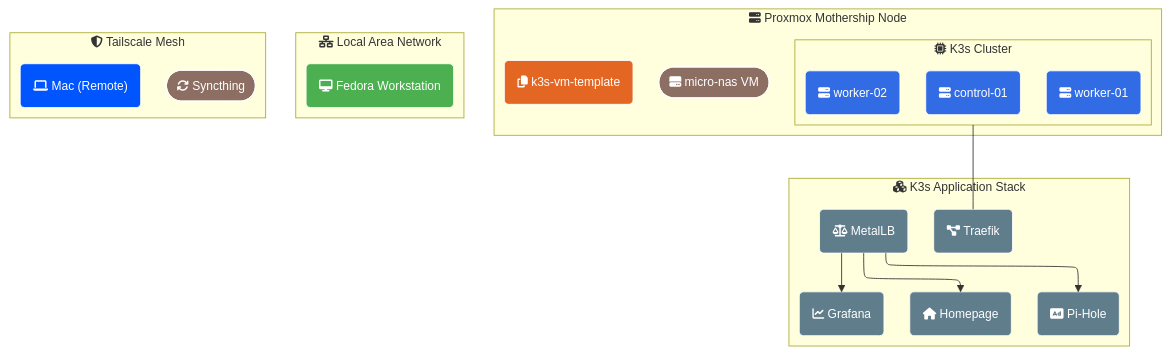
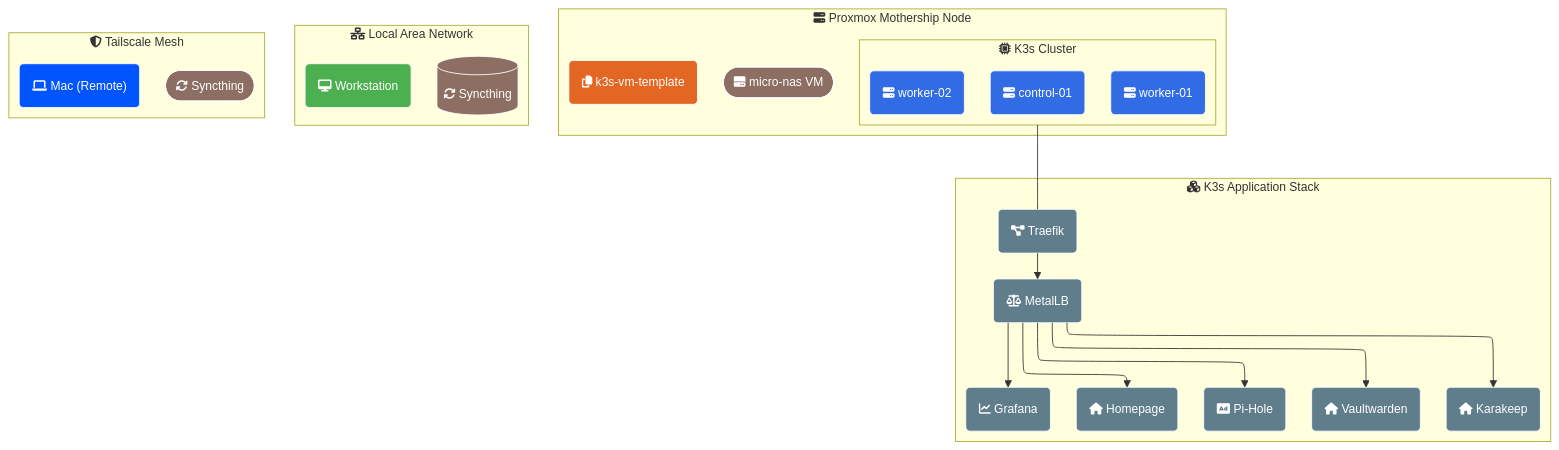
The diagram in README.md (ManuelSaleta/homelab), drawn with Mermaid before and after one commit. The commit also changed other lines of this file and 1 other file, not shown here.

Commit message:
Update readme diagrams

````diff
--- a/README.md
+++ b/README.md
@@ -13,68 +13,74 @@
 ```mermaid
 ---
 config:
   theme: mc
   themeVariables:
     fontFamily: ''
     fontSize: 14px
   layout: elk
 ---
 flowchart TD
     classDef k3s fill:#326ce5,stroke:#fff,color:#fff;
     classDef cloudflare fill:#f38020,stroke:#fff,color:#fff;
     classDef proxmox fill:#e46623,stroke:#fff,color:#fff;
     classDef storage fill:#8d6e63,stroke:#fff,color:#fff;
     classDef network fill:#4caf50,stroke:#fff,color:#fff;
     classDef app fill:#607d8b,stroke:#fff,color:#fff;
     classDef tailscale fill:#0055ff,stroke:#fff,color:#fff;
     subgraph Proxmox_Mothership["fa:fa-server Proxmox Mothership Node"]
         direction TB
         micro_nas[("fa:fa-hdd micro-nas VM")]:::storage
 
         subgraph K3s_Cluster["fa:fa-microchip K3s Cluster"]
             direction LR
             control["fa:fa-server control-01"]:::k3s
             worker1["fa:fa-server worker-01"]:::k3s
             worker2["fa:fa-server worker-02"]:::k3s
         end
         vm_template["fa:fa-copy k3s-vm-template"]:::proxmox
     end
 
     subgraph Local_LAN["fa:fa-network-wired Local Area Network"]
-        fedora["fa:fa-desktop Fedora Workstation"]:::network
+        fedora["fa:fa-desktop Workstation" ]:::network
+        syncthing[("fa:fa-sync Syncthing")]:::storage
     end
 
     subgraph Tailnet["fa:fa-shield-alt Tailscale Mesh"]
         mac["fa:fa-laptop Mac (Remote)"]:::tailscale
         nas_node[("fa:fa-sync Syncthing")]:::storage
     end
 
     subgraph K3s_Apps["fa:fa-cubes K3s Application Stack"]
         Traefik["fa:fa-project-diagram Traefik"]:::app
         MetalLB["fa:fa-balance-scale MetalLB"]:::app
         Homepage["fa:fa-home Homepage"]:::app
+        Vaultwarden["fa:fa-home Vaultwarden"]:::app
+        Karakeep["fa:fa-home Karakeep"]:::app
         PiHole["fa:fa-ad Pi-Hole"]:::app
         Grafana["fa:fa-chart-line Grafana"]:::app
     end
 
-    MetalLB --> Homepage & PiHole & Grafana
+    Traefik --> MetalLB
+    MetalLB --> Homepage & PiHole & Grafana & Vaultwarden & Karakeep
     K3s_Cluster --- Traefik
     K3s_Cluster@{ shape: rounded }
     Proxmox_Mothership@{ shape: rounded }
     Local_LAN@{ shape: rounded }
     Tailnet@{ shape: rounded }
     K3s_Apps@{ shape: rounded }
     micro_nas@{ shape: stadium }
     nas_node@{ shape: stadium }
     control@{ shape: rounded }
     worker1@{ shape: rounded }
     worker2@{ shape: rounded }
     Traefik@{ shape: rounded }
     MetalLB@{ shape: rounded }
     Homepage@{ shape: rounded }
+    Vaultwarden@{ shape: rounded }
+    Karakeep@{ shape: rounded }
     PiHole@{ shape: rounded }
     Grafana@{ shape: rounded }
     fedora@{ shape: rounded }
     mac@{ shape: rounded }
     vm_template@{ shape: rounded }
 ```
````
